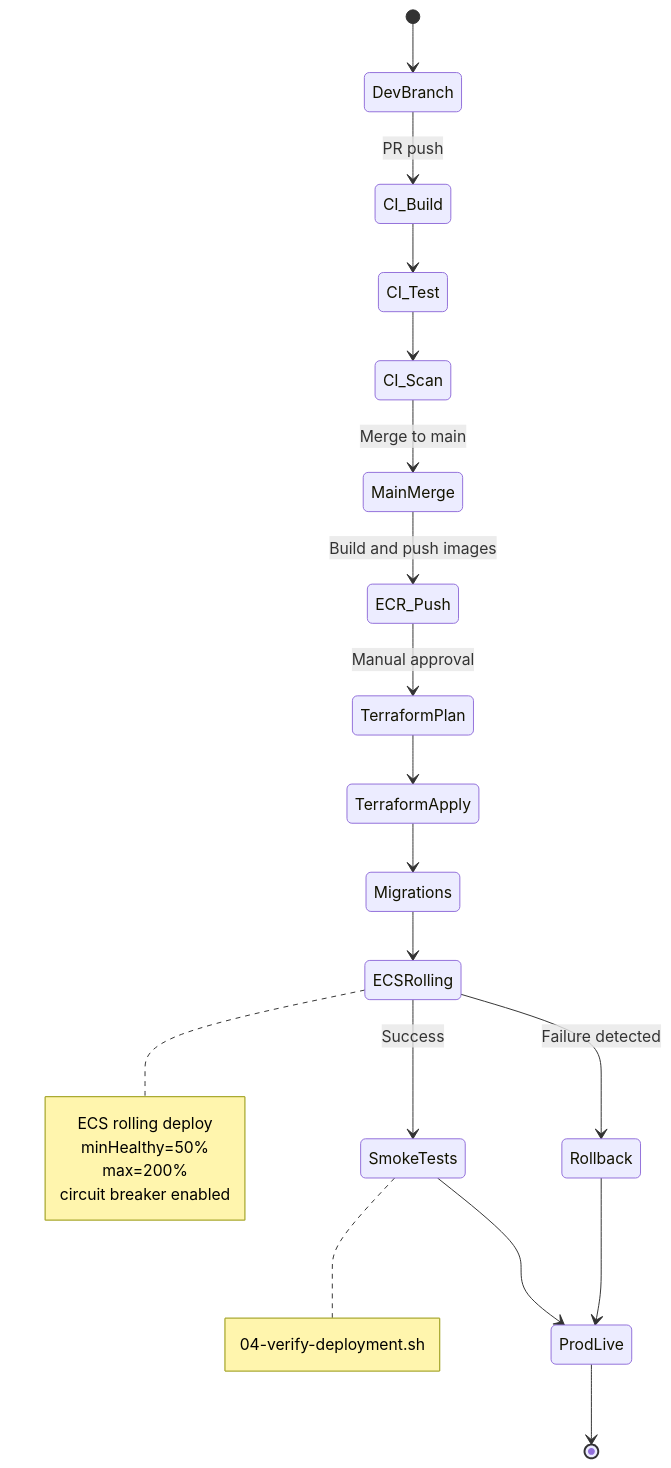
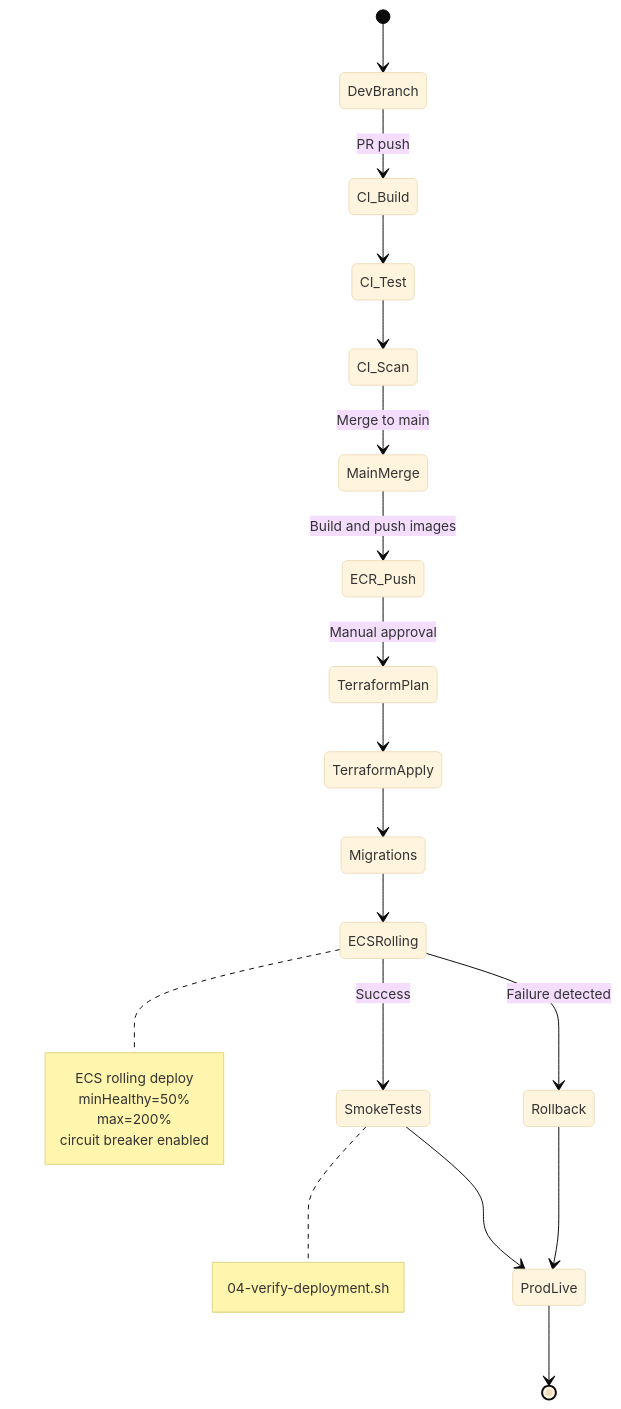
The seventh of 8 diagrams in docs/p1_deploy.md (JoanneHing/cs3219-ay2526s1-project-g19), drawn with Mermaid before and after one commit. The commit also changed other lines of this file, not shown here.

````diff
--- a/docs/p1_deploy.md
+++ b/docs/p1_deploy.md
@@ -219,29 +239,30 @@
 ```mermaid
+%%{init: {'theme':'base', 'themeVariables': {'fontSize':'14px'}}}%%
 stateDiagram-v2
   [*] --> DevBranch
   DevBranch --> CI_Build: PR push
   CI_Build --> CI_Test
   CI_Test --> CI_Scan
   CI_Scan --> MainMerge: Merge to main
   MainMerge --> ECR_Push: Build and push images
   ECR_Push --> TerraformPlan: Manual approval
   TerraformPlan --> TerraformApply
   TerraformApply --> Migrations
   Migrations --> ECSRolling
   ECSRolling --> SmokeTests: Success
   SmokeTests --> ProdLive
   ProdLive --> [*]
   ECSRolling --> Rollback: Failure detected
   Rollback --> ProdLive
 
   note right of ECSRolling
     ECS rolling deploy
     minHealthy=50%
     max=200%
     circuit breaker enabled
   end note
 
   note right of SmokeTests
     04-verify-deployment.sh
   end note
 ```
````
